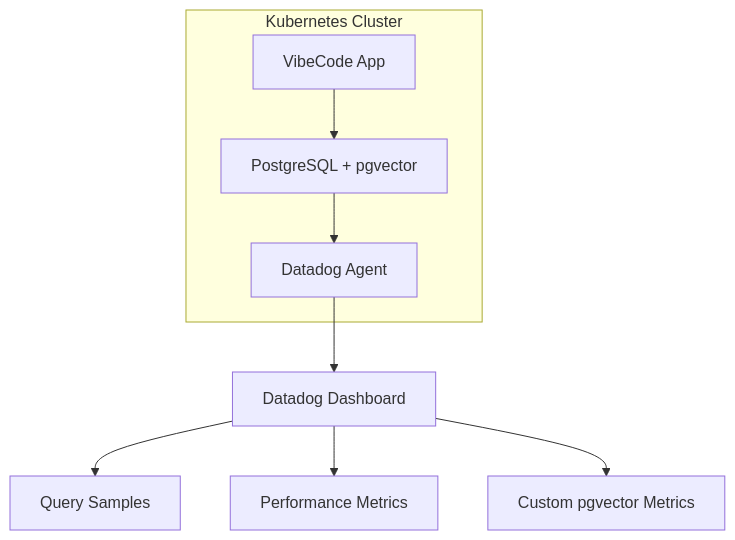
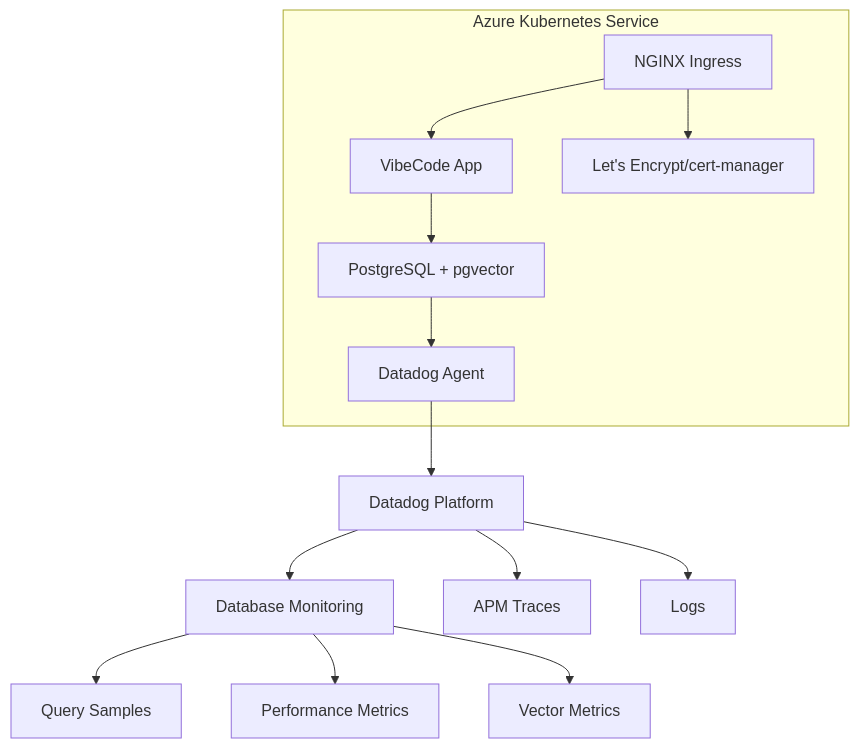
The diagram in README.md (ryanmaclean/vibecode-webgui), drawn with Mermaid before and after one commit. The commit also changed other lines of this file and 337 other files, not shown here.

````diff
--- a/README.md
+++ b/README.md
@@ -141,11 +220,16 @@
 ```mermaid
 graph TB
-    subgraph "Kubernetes Cluster"
+    subgraph "Azure Kubernetes Service"
         A[VibeCode App] --> B[PostgreSQL + pgvector]
         B --> C[Datadog Agent]
+        I[NGINX Ingress] --> A
+        I --> D[Let's Encrypt/cert-manager]
     end
-    C --> D[Datadog Dashboard]
-    D --> E[Query Samples]
-    D --> F[Performance Metrics]
-    D --> G[Custom pgvector Metrics]
+    C --> E[Datadog Platform]
+    E --> F[Database Monitoring]
+    E --> G[APM Traces]
+    E --> H[Logs]
+    F --> J[Query Samples]
+    F --> K[Performance Metrics]
+    F --> L[Vector Metrics]
 ```
````
